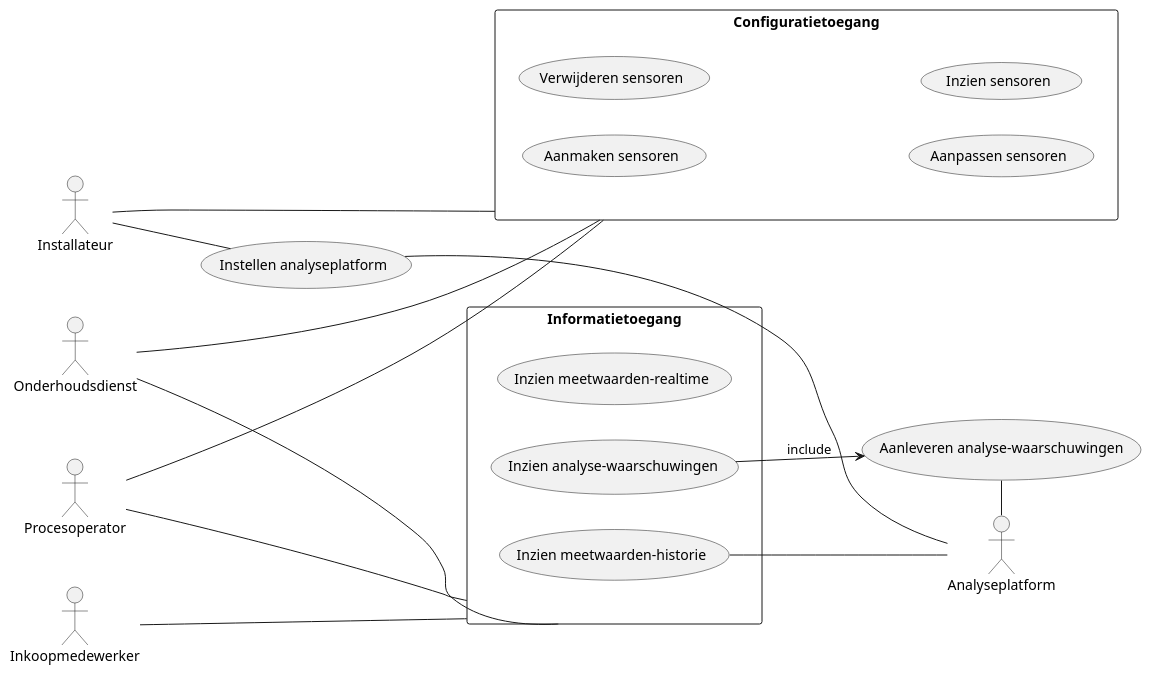
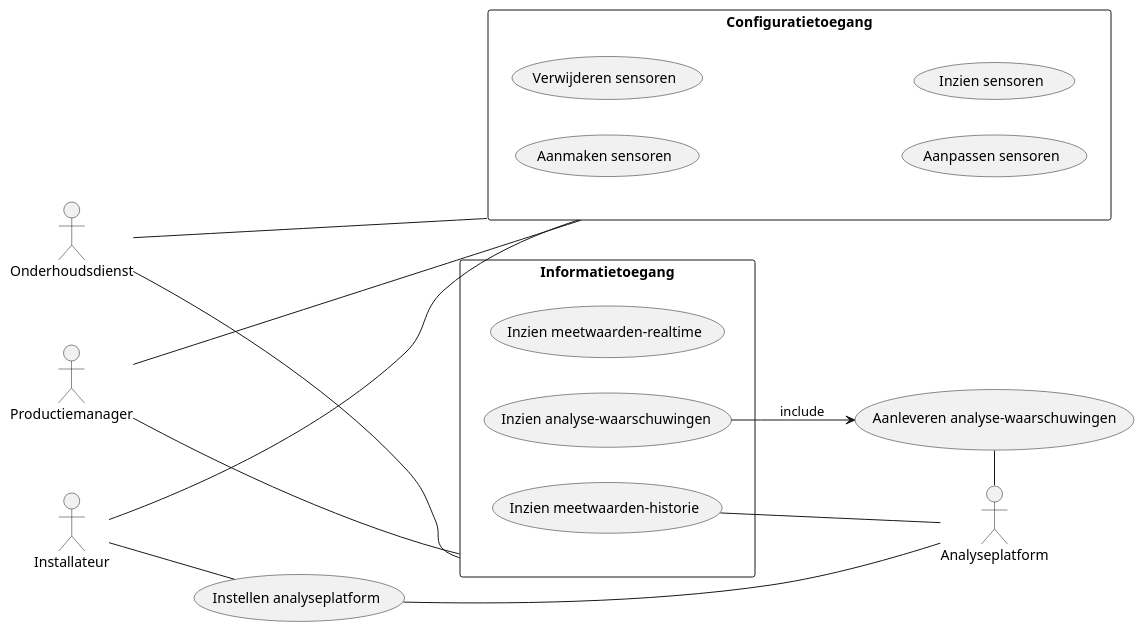
Before and after one commit to FinnsterB/soda-factory-data-collection: the diagram in docs/development/main_UCD.puml, drawn with PlantUML. The commit also changed 1 other file, not shown here.

```diff
--- a/docs/development/main_UCD.puml
+++ b/docs/development/main_UCD.puml
@@ -1,47 +1,43 @@
 @startuml main_UCD
 left to right direction
 
-actor Procesoperator as a1
+actor Productiemanager as a1
 actor Onderhoudsdienst as a2
-actor Inkoopmedewerker as a3
 actor Installateur as a4
 actor Analyseplatform as a5
 
 rectangle "Configuratietoegang" as rect1{
 usecase "Aanmaken sensoren" as uc1
 usecase "Verwijderen sensoren" as uc2
 usecase "Aanpassen sensoren" as uc3
 usecase "Inzien sensoren" as uc4
 }
 rectangle "Informatietoegang" as rect2{
 usecase "Inzien meetwaarden-realtime" as uc5
 usecase "Inzien meetwaarden-historie" as uc6
 usecase "Inzien analyse-waarschuwingen" as uc7
 }
 usecase "Instellen analyseplatform" as uc8
 usecase "Aanleveren analyse-waarschuwingen" as uc9
-
-
-a3 --- rect2
 
 a1 --- rect1
 
 a1 --- rect2
 
 a2 --- rect1
 
 a4 --- rect1
 
 a4 -- uc8
 
 a2 --- rect2
 
 uc7 --> uc9 : include
 
 uc9 - a5
 
 uc6 -- a5
 
 uc8 -- a5
 
 @enduml
```
